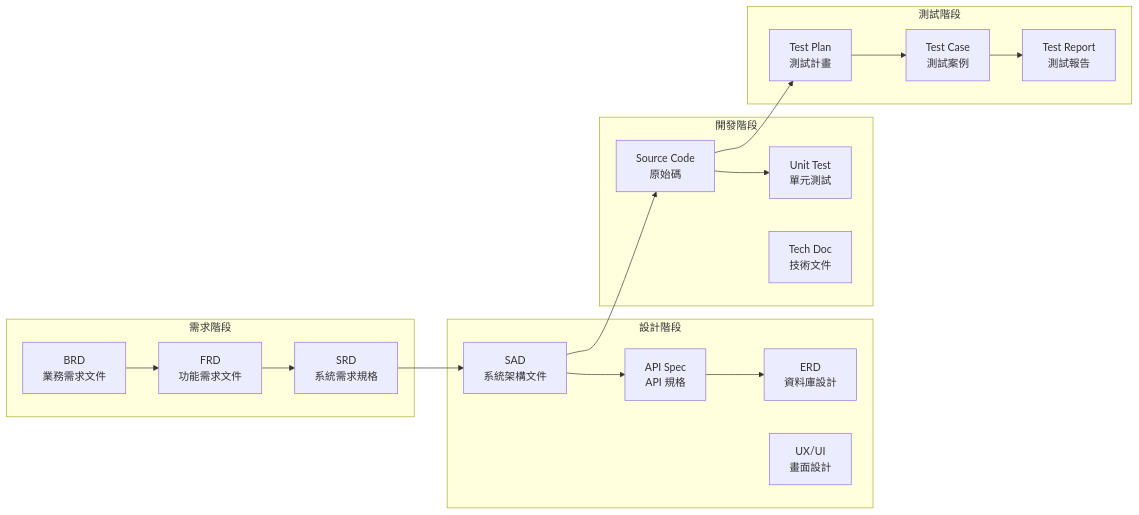
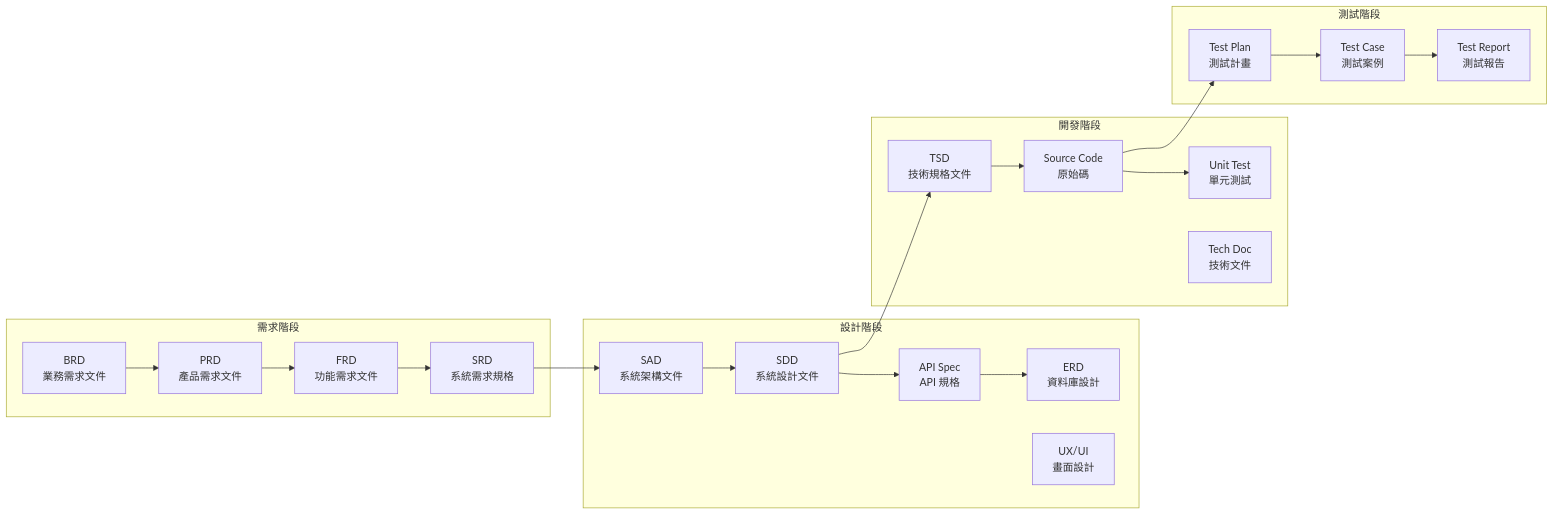
Before and after one commit to chihhung/Blog: the third of 30 diagrams in content/posts/指引/設計開發/軟體開發標準程序（Software Development Standard Process）教學手冊.md, drawn with Mermaid. The commit also changed other lines of this file and 3 other files, not shown here.

Commit message:
feat: 新增 SDD/TSD/PRD 範本文件，更新軟體開發標準程序教學手冊

````diff
--- a/content/posts/指引/設計開發/軟體開發標準程序（Software Development Standard Process）教學手冊.md
+++ b/content/posts/指引/設計開發/軟體開發標準程序（Software Development Standard Process）教學手冊.md
@@ -196,32 +197,35 @@
 ```mermaid
 flowchart LR
     subgraph 需求階段
         R1[BRD<br/>業務需求文件]
+        R0[PRD<br/>產品需求文件]
         R2[FRD<br/>功能需求文件]
         R3[SRD<br/>系統需求規格]
     end
     
     subgraph 設計階段
         D1[SAD<br/>系統架構文件]
+        D5[SDD<br/>系統設計文件]
         D2[API Spec<br/>API 規格]
         D3[ERD<br/>資料庫設計]
         D4[UX/UI<br/>畫面設計]
     end
     
     subgraph 開發階段
+        C0[TSD<br/>技術規格文件]
         C1[Source Code<br/>原始碼]
         C2[Unit Test<br/>單元測試]
         C3[Tech Doc<br/>技術文件]
     end
     
     subgraph 測試階段
         T1[Test Plan<br/>測試計畫]
         T2[Test Case<br/>測試案例]
         T3[Test Report<br/>測試報告]
     end
     
-    R1 --> R2 --> R3
-    R3 --> D1 --> D2 --> D3
-    D1 --> C1 --> C2
+    R1 --> R0 --> R2 --> R3
+    R3 --> D1 --> D5 --> D2 --> D3
+    D5 --> C0 --> C1 --> C2
     C1 --> T1 --> T2 --> T3
 ```
````
